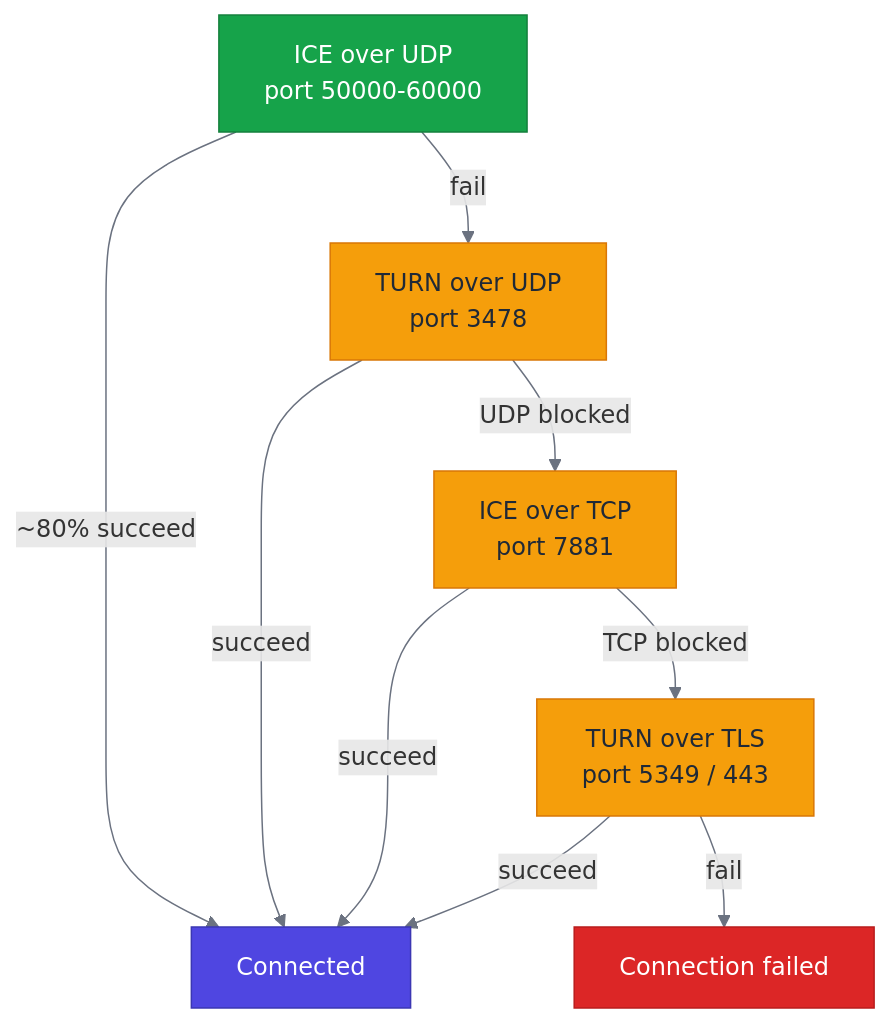
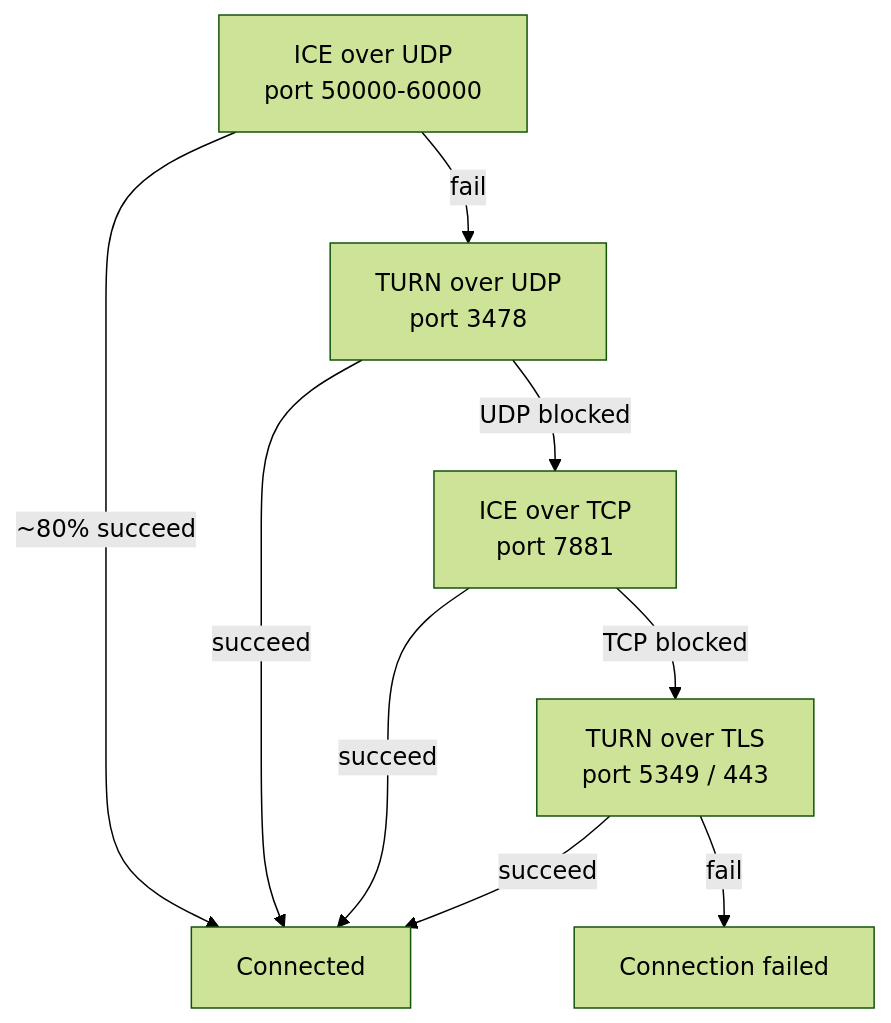
The second of 4 diagrams in docs/architecture/turn-server.md (bedrud-ir/bedrud), drawn with Mermaid before and after one commit. The commit also changed other lines of this file and 9 other files, not shown here.

Commit message:
update mermaid diagrams to use forest theme for consistent rendering

````diff
--- a/docs/architecture/turn-server.md
+++ b/docs/architecture/turn-server.md
@@ -76,29 +58,12 @@
 ```mermaid
-%%{init: {'themeVariables': {
-  'primaryColor': '#4F46E1',
-  'primaryTextColor': '#FFFFFF',
-  'primaryBorderColor': '#3B37B3',
-  'lineColor': '#6B7280',
-  'secondaryColor': '#F3F4F6',
-  'tertiaryColor': '#E5E7EB',
-  'background': '#FFFFFF',
-  'mainBkg': '#EEF2FF',
-  'nodeBorder': '#3B37B3'
-}}}%%
+%%{init: {'theme': 'forest'}}%%
 flowchart TD
     A[ICE over UDP<br/>port 50000-60000] -->|"~80% succeed"| S[Connected]
     A -->|"fail"| B[TURN over UDP<br/>port 3478]
     B -->|"succeed"| S
     B -->|"UDP blocked"| C[ICE over TCP<br/>port 7881]
     C -->|"succeed"| S
     C -->|"TCP blocked"| D[TURN over TLS<br/>port 5349 / 443]
     D -->|"succeed"| S
     D -->|"fail"| E[Connection failed]
-
-    style A fill:#16A34A,stroke:#15803D,color:#FFFFFF
-    style S fill:#4F46E1,stroke:#3B37B3,color:#FFFFFF
-    style E fill:#DC2626,stroke:#B91C1C,color:#FFFFFF
-    style B fill:#F59E0B,stroke:#D97706,color:#1F2937
-    style C fill:#F59E0B,stroke:#D97706,color:#1F2937
-    style D fill:#F59E0B,stroke:#D97706,color:#1F2937
 ```
````
